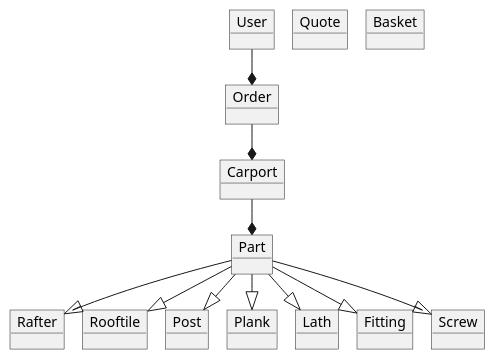
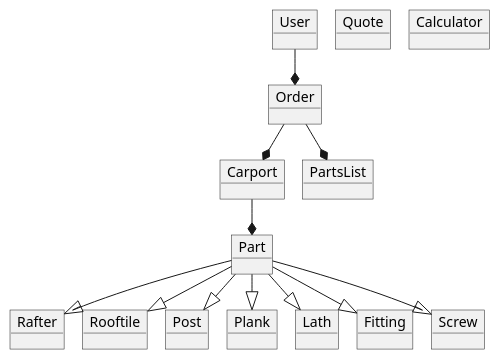
The diagram in Carport/doc/domainModel.puml (Bojuuh/carport), drawn with PlantUML before and after one commit. The commit also changed 6 other files, not shown here.

Commit message:
domainmodel + classdiagram v1 + thymeleaf and connection stuff

```diff
--- a/Carport/doc/domainModel.puml
+++ b/Carport/doc/domainModel.puml
@@ -1,30 +1,32 @@
 @startuml
 !pragma layout smetana
 
 Object User
 Object Part
 Object Order
 Object Quote
 Object Rafter
 Object Rooftile
 Object Post
 Object Plank
 Object Lath
 Object Fitting
 Object Screw
-Object Basket
 Object Carport
+Object Calculator
+Object PartsList
 
 User --* Order
 Order --* Carport
+Order --* PartsList
 Carport --* Part
 Part --|> Rafter
 Part --|> Rooftile
 Part --|> Post
 Part --|> Plank
 Part --|> Lath
 Part --|> Fitting
 Part --|> Screw
 
 
 @enduml
```
